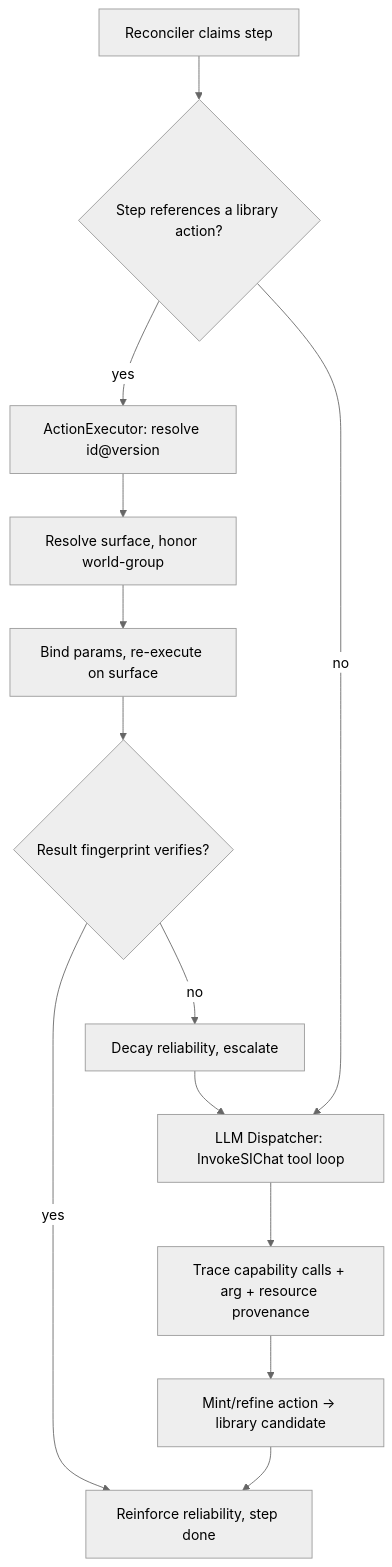
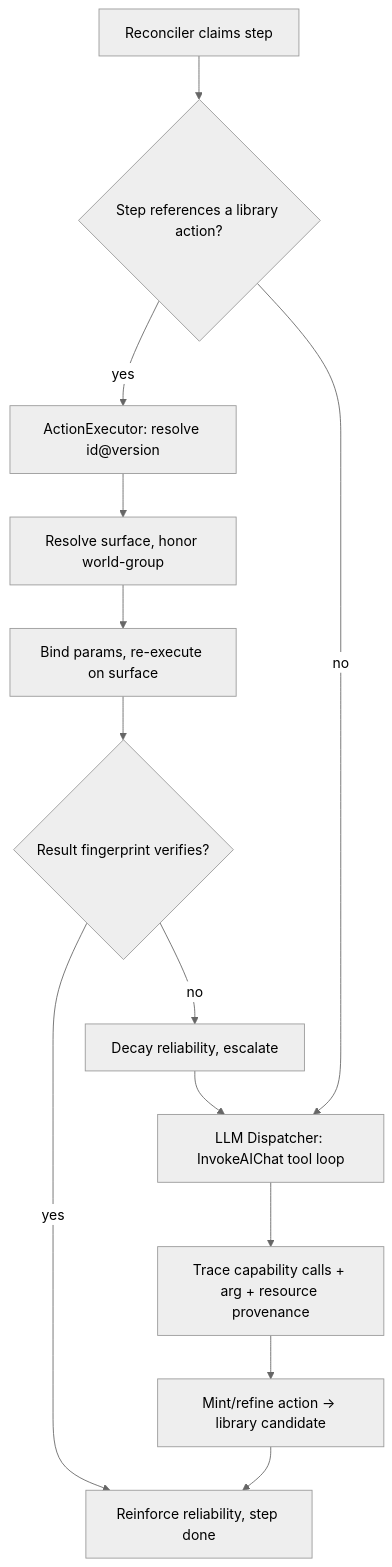
One commit to znasllc-io/memql changed the diagram in docs/internal/planning/action-library.md. Above: the diagram before and after it, drawn with Mermaid (neutral theme). The commit also changed other lines of this file and 34 other files, not shown here.

````diff
--- a/docs/internal/planning/action-library.md
+++ b/docs/internal/planning/action-library.md
@@ -294,15 +294,15 @@
 ```mermaid
 flowchart TD
   A[Reconciler claims step] --> B{Step references a library action?}
   B -- yes --> C[ActionExecutor: resolve id@version]
   C --> S[Resolve surface, honor world-group]
   S --> D[Bind params, re-execute on surface]
   D --> E{Result fingerprint verifies?}
   E -- yes --> F[Reinforce reliability, step done]
   E -- no --> G[Decay reliability, escalate]
-  B -- no --> H[LLM Dispatcher: InvokeSIChat tool loop]
+  B -- no --> H[LLM Dispatcher: InvokeAIChat tool loop]
   G --> H
   H --> I[Trace capability calls + arg + resource provenance]
   I --> J[Mint/refine action -> library candidate]
   J --> F
 ```
````
